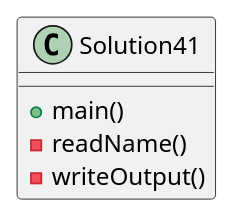
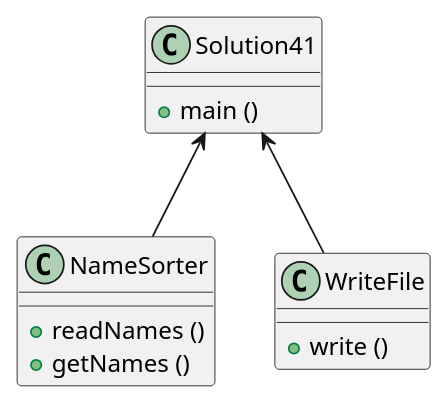
One commit to Leo2399/herrera-a04 changed the diagram in exercise41/docs/exercise41.puml. Above: the diagram before and after it, drawn with PlantUML.

Commit message:
made changes to diagram

```diff
--- a/exercise41/docs/exercise41.puml
+++ b/exercise41/docs/exercise41.puml
@@ -1,17 +1,19 @@
 @startuml
 'https://plantuml.com/class-diagram
 
 class Solution41 {
-    +main()
-        ' open text file to read from
-        ' ArrayList<String> names = new ArrayList<>()
-        ' call readName method to read names in file, and add them into the array list.
-        ' call writeOutput method to write sorted names into a txt file.
-    -readName()
-        ' reads names from input file
-        ' store each name into arraylist
-    -writeOutput()
-        ' create an output file to store the sorted names
+    +main ()
 }
 
+class NameSorter {
+    +readNames ()
+    +getNames ()
+}
+
+class WriteFile {
+    +write ()
+}
+
+Solution41<--NameSorter
+Solution41<--WriteFile
 @enduml
```
